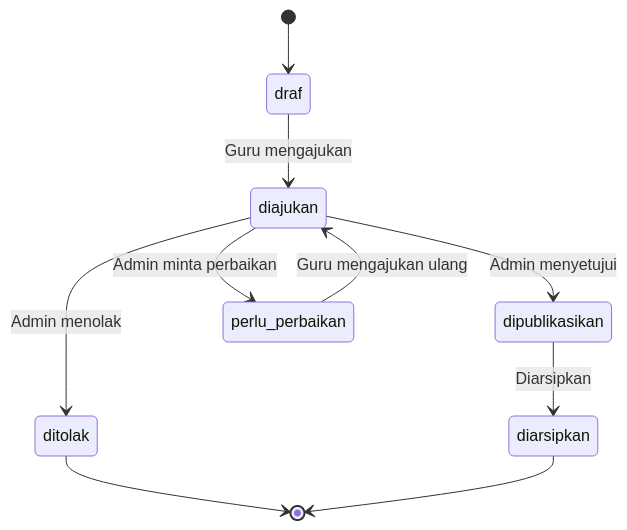
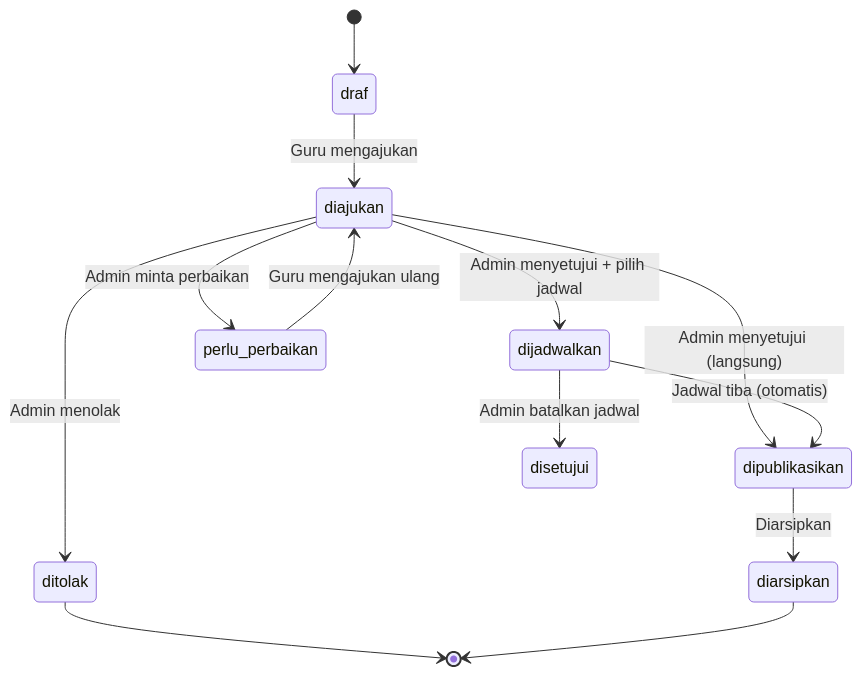
The fifth of 7 diagrams in README.md (yaridwan/e-etnosains), drawn with Mermaid before and after one commit. The commit also changed other lines of this file, not shown here.

````diff
--- a/README.md
+++ b/README.md
@@ -386,12 +411,15 @@
 ```mermaid
 stateDiagram-v2
     [*] --> draf
     draf --> diajukan: Guru mengajukan
-    diajukan --> dipublikasikan: Admin menyetujui
+    diajukan --> dipublikasikan: Admin menyetujui (langsung)
+    diajukan --> dijadwalkan: Admin menyetujui + pilih jadwal
+    dijadwalkan --> dipublikasikan: Jadwal tiba (otomatis)
+    dijadwalkan --> disetujui: Admin batalkan jadwal
     diajukan --> perlu_perbaikan: Admin minta perbaikan
     diajukan --> ditolak: Admin menolak
     perlu_perbaikan --> diajukan: Guru mengajukan ulang
     dipublikasikan --> diarsipkan: Diarsipkan
     ditolak --> [*]
     diarsipkan --> [*]
 ```
````
